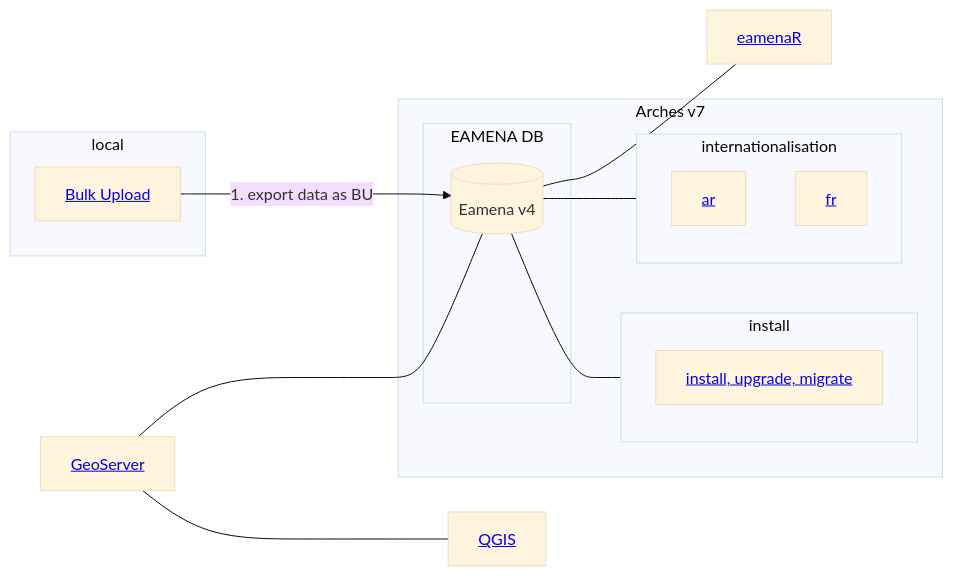
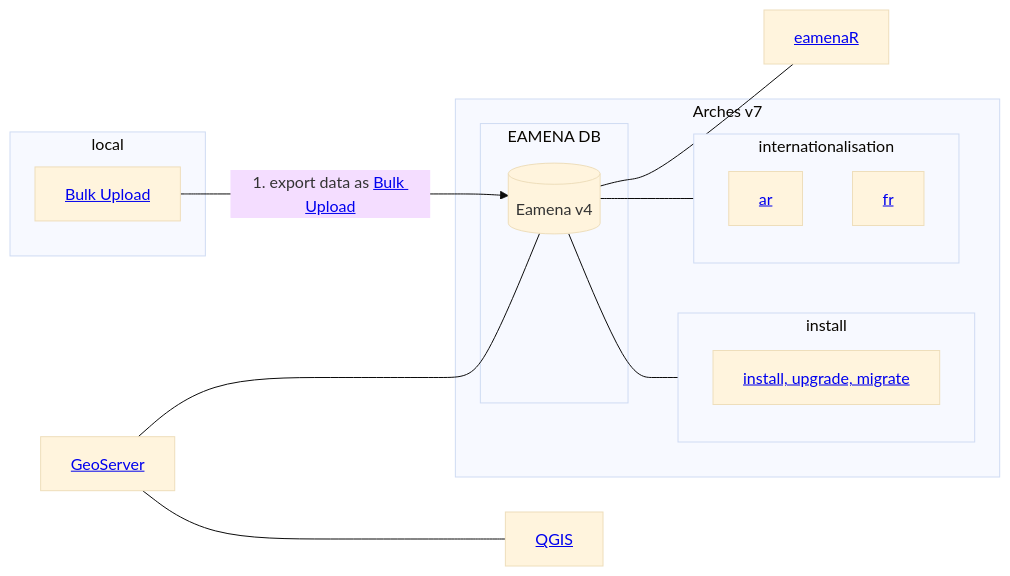
Before and after one commit to eamena-project/eamena-arches-dev: the diagram in dbs/database.eamena/README.md, drawn with Mermaid (base theme). The commit also changed 7 other files, not shown here.

````diff
--- a/dbs/database.eamena/README.md
+++ b/dbs/database.eamena/README.md
@@ -3,23 +3,23 @@
 ```mermaid
 flowchart LR
   subgraph Arches v7
     subgraph EAMENA DB
     ea[(Eamena v4)]
     end
     subgraph internationalisation
       id6[<a href='https://github.com/eamena-project/eamena-arches-dev/tree/main/dbs/database.eamena/internationalisation'>ar</a>];
       id7[<a href='https://github.com/eamena-project/eamena-arches-dev/tree/main/dbs/database.eamena/internationalisation'>fr</a>];
     end 
     subgraph install
       id8[<a href='https://github.com/eamena-project/eamena-arches-dev/tree/main/dbs/database.eamena/install'>install, upgrade, migrate</a>];
     end 
   end
   id3[<a href='https://github.com/eamena-project/eamena-arches-dev/tree/main/geoserver'>GeoServer</a>] --- ea;
   id3 --- id4[<a href='https://github.com/eamena-project/eamena-arches-dev/tree/main/gis/qgis'>QGIS</a>];
   subgraph local
-    id9B[<a href='https://github.com/eamena-project/eamena-arches-dev/tree/main/data/bulk#readme'>Bulk Upload</a>] --1. export data as BU--> ea;
+    id9B[<a href='https://github.com/eamena-project/eamena-arches-dev/tree/main/data/bulk#readme'>Bulk Upload</a>] --1. export data as <a href='https://github.com/eamena-project/eamena-arches-dev/tree/main/data/bulk#readme'>Bulk Upload</a> --> ea;
   end
   ea --- id5[<a href='https://github.com/eamena-project/eamenaR'>eamenaR</a>];
   ea --- internationalisation
   ea --- install
 ```
````
